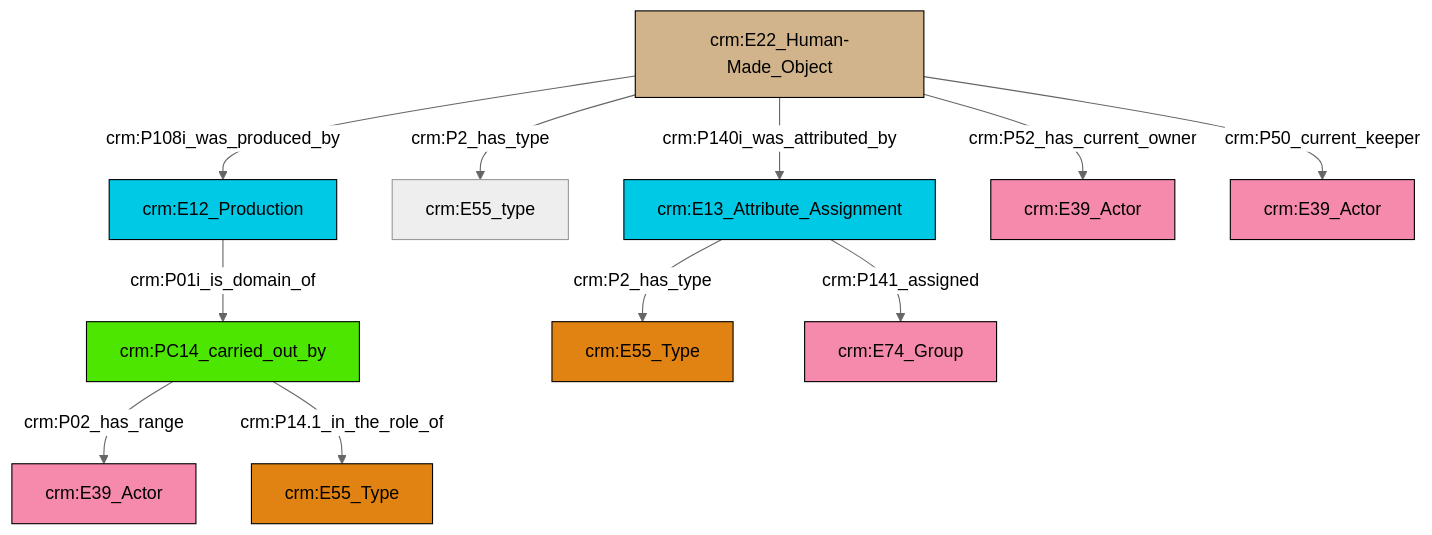
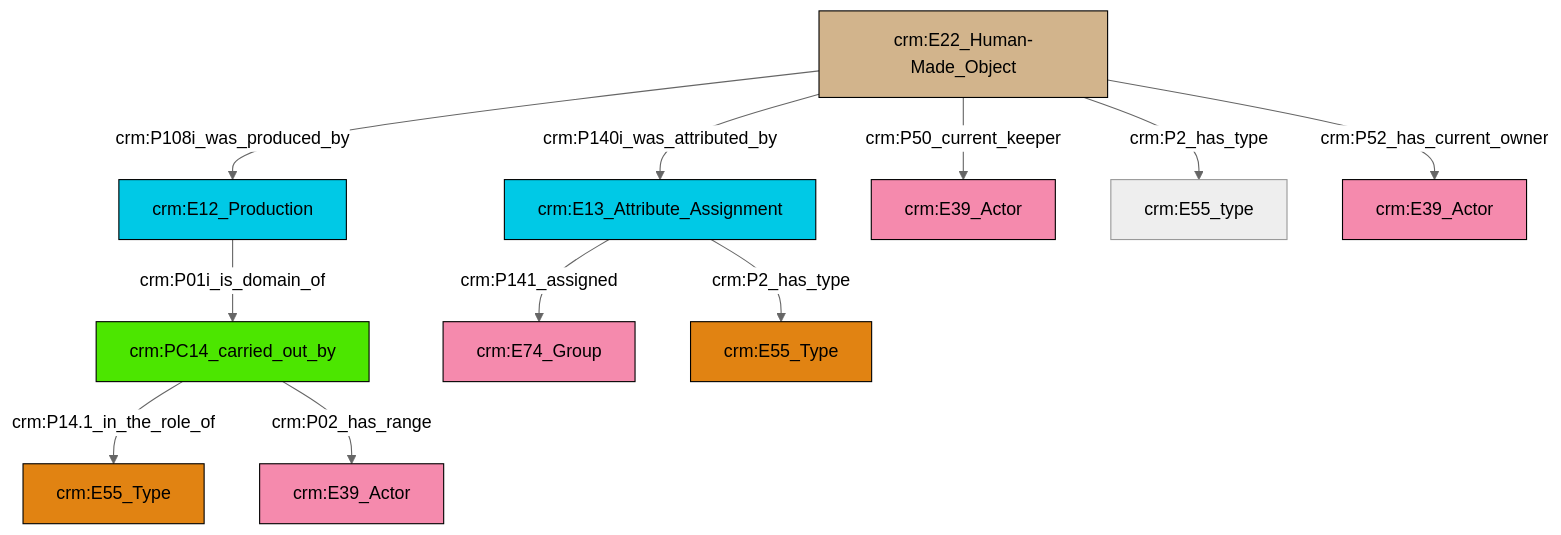
The diagram in et/artworkCSV/ttl/mmd/Artwork_Actor_Relations.ttl.mmd (swiss-art-research-net/docs.swissartresearch), drawn with Mermaid (neutral theme) before and after one commit. The commit also changed 180 other files, not shown here.

```diff
--- a/et/artworkCSV/ttl/mmd/Artwork_Actor_Relations.ttl.mmd
+++ b/et/artworkCSV/ttl/mmd/Artwork_Actor_Relations.ttl.mmd
@@ -1,25 +1,25 @@
 graph TD
 classDef Literal fill:#f2f2f2,stroke:#000000;
 classDef CRM_Entity fill:#FFFFFF,stroke:#000000;
 classDef Temporal_Entity fill:#00C9E6, stroke:#000000;
 classDef Type fill:#E18312, stroke:#000000;
 classDef Time-Span fill:#2C9C91, stroke:#000000;
 classDef Appellation fill:#FFEB7F, stroke:#000000;
 classDef Place fill:#008836, stroke:#000000;
 classDef Persistent_Item fill:#B266B2, stroke:#000000;
 classDef Conceptual_Object fill:#FFD700, stroke:#000000;
 classDef Physical_Thing fill:#D2B48C, stroke:#000000;
 classDef Actor fill:#f58aad, stroke:#000000;
 classDef PC_Classes fill:#4ce600, stroke:#000000;
 classDef Multi fill:#cccccc,stroke:#000000;
 
-6["crm:E13_Attribute_Assignment"]:::Temporal_Entity -->|crm:P2_has_type| 7["crm:E55_Type"]:::Type
-8["crm:PC14_carried_out_by"]:::PC_Classes -->|crm:P02_has_range| 9["crm:E39_Actor"]:::Actor
-11["crm:E22_Human-Made_Object"]:::Physical_Thing -->|crm:P108i_was_produced_by| 2["crm:E12_Production"]:::Temporal_Entity
-2["crm:E12_Production"]:::Temporal_Entity -->|crm:P01i_is_domain_of| 8["crm:PC14_carried_out_by"]:::PC_Classes
-11["crm:E22_Human-Made_Object"]:::Physical_Thing -->|crm:P2_has_type| 0["crm:E55_type"]:::Default
-11["crm:E22_Human-Made_Object"]:::Physical_Thing -->|crm:P140i_was_attributed_by| 6["crm:E13_Attribute_Assignment"]:::Temporal_Entity
-11["crm:E22_Human-Made_Object"]:::Physical_Thing -->|crm:P52_has_current_owner| 17["crm:E39_Actor"]:::Actor
-6["crm:E13_Attribute_Assignment"]:::Temporal_Entity -->|crm:P141_assigned| 19["crm:E74_Group"]:::Actor
-11["crm:E22_Human-Made_Object"]:::Physical_Thing -->|crm:P50_current_keeper| 14["crm:E39_Actor"]:::Actor
-8["crm:PC14_carried_out_by"]:::PC_Classes -->|crm:P14.1_in_the_role_of| 4["crm:E55_Type"]:::Type
+0["crm:E12_Production"]:::Temporal_Entity -->|crm:P01i_is_domain_of| 1["crm:PC14_carried_out_by"]:::PC_Classes
+2["crm:E13_Attribute_Assignment"]:::Temporal_Entity -->|crm:P141_assigned| 3["crm:E74_Group"]:::Actor
+4["crm:E22_Human-Made_Object"]:::Physical_Thing -->|crm:P108i_was_produced_by| 0["crm:E12_Production"]:::Temporal_Entity
+4["crm:E22_Human-Made_Object"]:::Physical_Thing -->|crm:P50_current_keeper| 5["crm:E39_Actor"]:::Actor
+2["crm:E13_Attribute_Assignment"]:::Temporal_Entity -->|crm:P2_has_type| 11["crm:E55_Type"]:::Type
+1["crm:PC14_carried_out_by"]:::PC_Classes -->|crm:P14.1_in_the_role_of| 8["crm:E55_Type"]:::Type
+4["crm:E22_Human-Made_Object"]:::Physical_Thing -->|crm:P52_has_current_owner| 18["crm:E39_Actor"]:::Actor
+4["crm:E22_Human-Made_Object"]:::Physical_Thing -->|crm:P2_has_type| 14["crm:E55_type"]:::Default
+1["crm:PC14_carried_out_by"]:::PC_Classes -->|crm:P02_has_range| 16["crm:E39_Actor"]:::Actor
+4["crm:E22_Human-Made_Object"]:::Physical_Thing -->|crm:P140i_was_attributed_by| 2["crm:E13_Attribute_Assignment"]:::Temporal_Entity
```
